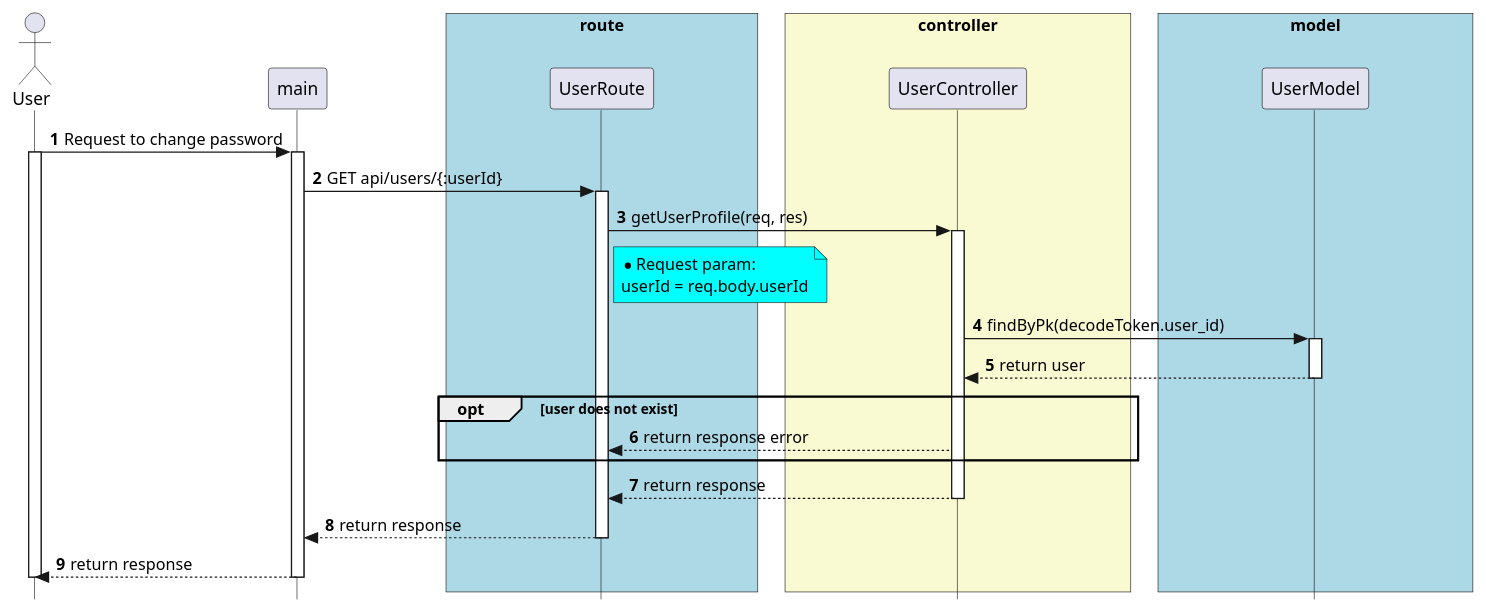
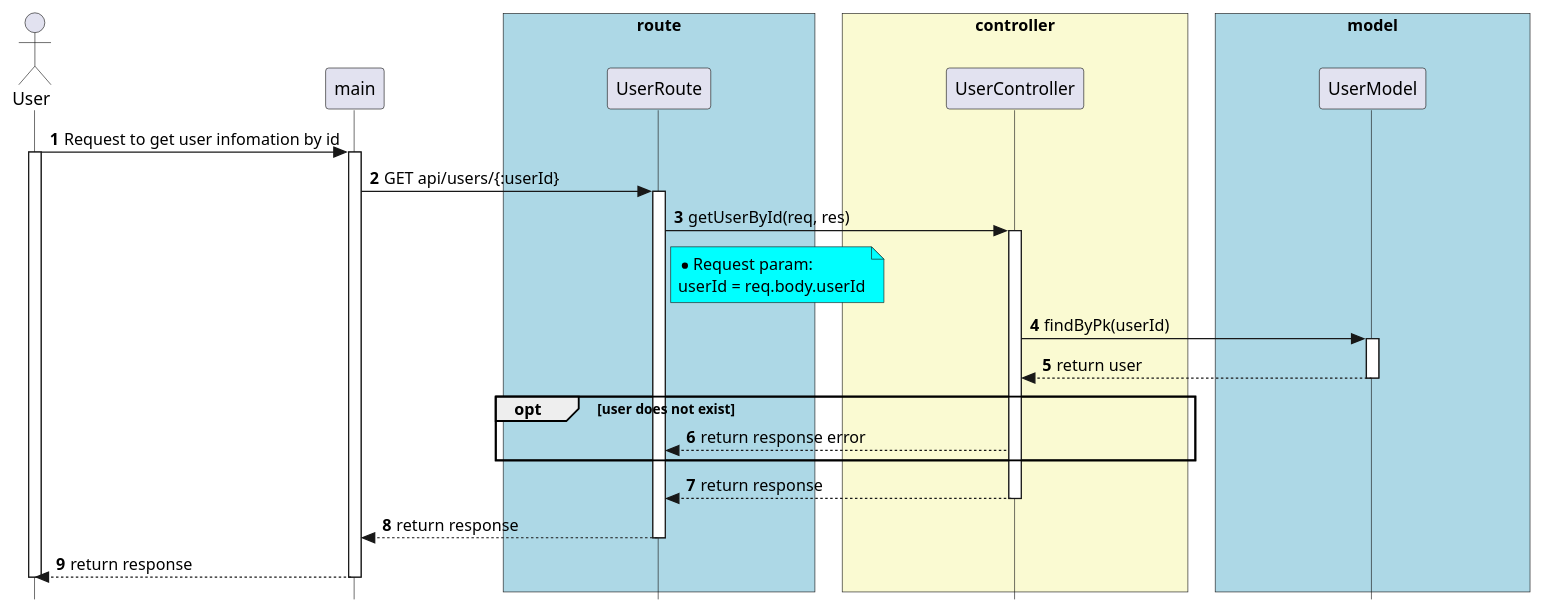
The diagram in diagram/sequence/API/users/getUserById.pu (techcomrade/fmECG), drawn with PlantUML before and after one commit. The commit also changed 9 other files, not shown here.

```diff
--- a/diagram/sequence/API/users/getUserById.pu
+++ b/diagram/sequence/API/users/getUserById.pu
@@ -1,84 +1,84 @@
 @startuml
 
 
 skinparam style strictuml
 
 skinparam lifelineStrategy solid
 
 skinparam ParticipantPadding 80
 
 skinparam BoxPadding 10
 
 autonumber
 
 actor User as User
 
 
 participant main as main
 
 
 box "route" #lightBlue
 
 participant UserRoute as UserRoute
 
 end box
 
 
 box "controller" #LightGoldenRodYellow
 participant UserController as UserController
 
 end box
 
 
 box "model" #lightBlue
 participant UserModel as UserModel
 
 end box
 
 
-User -> main: Request to change password
+User -> main: Request to get user infomation by id
 activate User
 activate main
 
 main -> UserRoute: GET api/users/{:userId}
 activate UserRoute
 
 
-UserRoute -> UserController: getUserProfile(req, res)
+UserRoute -> UserController: getUserById(req, res)
 activate UserController
 
 note right of UserRoute #Aqua
 * Request param:
 userId = req.body.userId
 end note
 
 
-UserController -> UserModel: findByPk(decodeToken.user_id)
+UserController -> UserModel: findByPk(userId)
 
 activate  UserModel
 
 UserModel --> UserController: return user
 
 deactivate UserModel
 
 opt user does not exist
   UserController --> UserRoute: return response error
 end
 
 
 
 UserController --> UserRoute: return response
 
 deactivate UserController
 
 UserRoute --> main: return response
 
 deactivate UserRoute
 
 main --> User: return response
 
 deactivate main
 deactivate User
 
 
 @enduml
```
